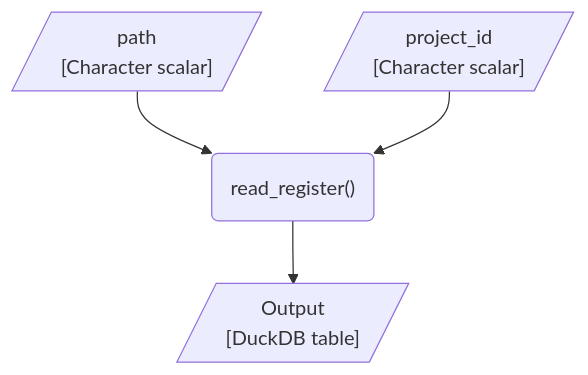
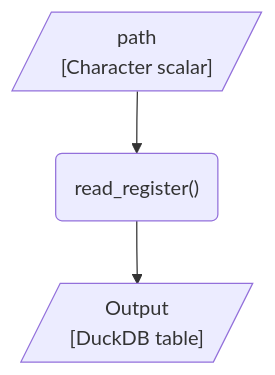
Before and after one commit to dp-next/registers2parquet: the third of 3 diagrams in articles/design.md, drawn with Mermaid. The commit also changed other lines of this file and 7 other files, not shown here.

````diff
--- a/articles/design.md
+++ b/articles/design.md
@@ -232,13 +102,9 @@
 ``` mermaid
 flowchart TD
-
-    project_id[/"project_id<br>[Character scalar]"/]
     path[/"path<br>[Character scalar]"/]
-
     read_register("read_register()")
-
     output[/"Output<br>[DuckDB table]"/]
 
     %% Edges
-    path & project_id --> read_register --> output
+    path --> read_register --> output
 ```
````
